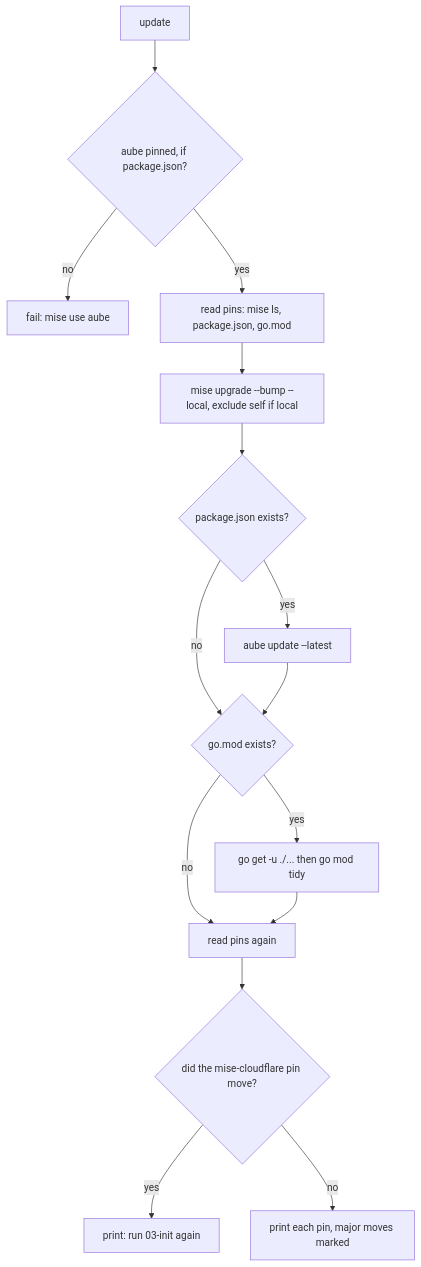
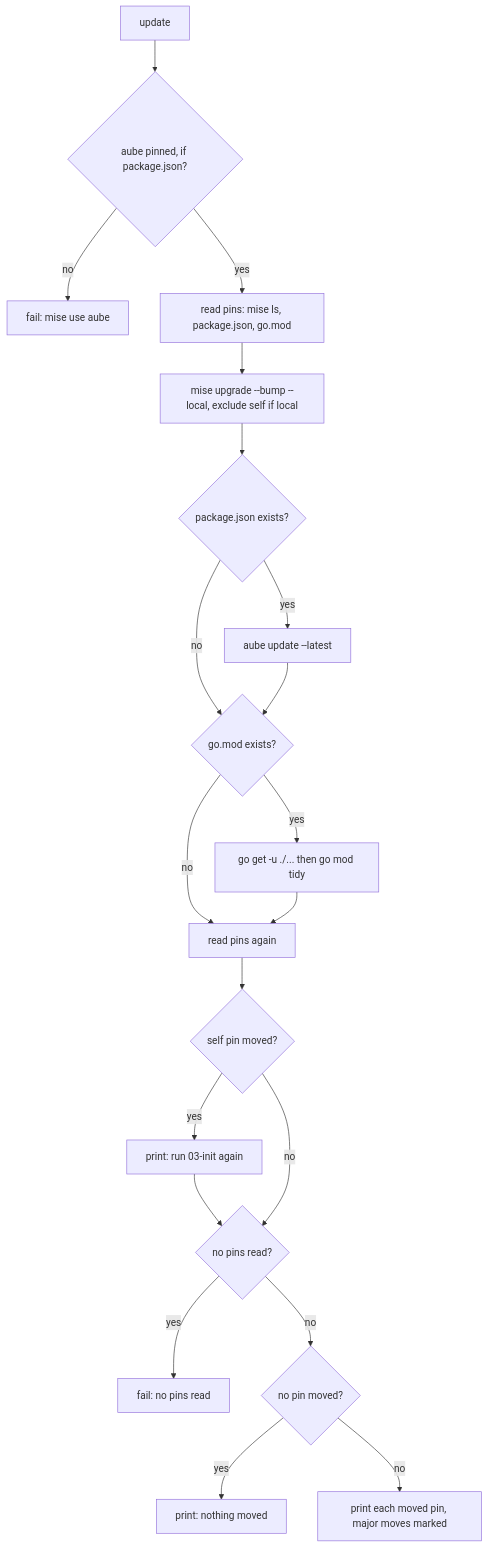
Before and after one commit to ewe-studios/explorations: the second of 2 diagrams in src.Ged/mise-cloudflare/markdown/11-delete-clean-logout-update.md, drawn with Mermaid. The commit also changed other lines of this file and 27 other files, not shown here.

````diff
--- a/src.Ged/mise-cloudflare/markdown/11-delete-clean-logout-update.md
+++ b/src.Ged/mise-cloudflare/markdown/11-delete-clean-logout-update.md
@@ -458,17 +458,22 @@
 ```mermaid
 flowchart TD
     A[update] --> B{aube pinned, if package.json?}
     B -- no --> X[fail: mise use aube]
     B -- yes --> C[read pins: mise ls, package.json, go.mod]
     C --> D[mise upgrade --bump --local, exclude self if local]
     D --> E{package.json exists?}
     E -- yes --> F[aube update --latest]
     E -- no --> G{go.mod exists?}
     F --> G
     G -- yes --> H[go get -u ./... then go mod tidy]
     G -- no --> I[read pins again]
     H --> I
-    I --> J{did the mise-cloudflare pin move?}
+    I --> J{self pin moved?}
     J -- yes --> K[print: run 03-init again]
-    J -- no --> L[print each pin, major moves marked]
+    K --> L{no pins read?}
+    J -- no --> L
+    L -- yes --> M[fail: no pins read]
+    L -- no --> N{no pin moved?}
+    N -- yes --> O[print: nothing moved]
+    N -- no --> P[print each moved pin, major moves marked]
 ```
````
